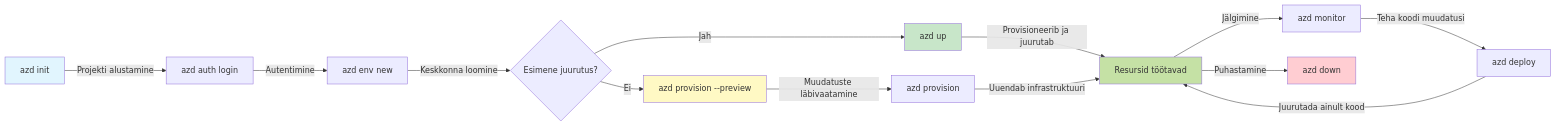
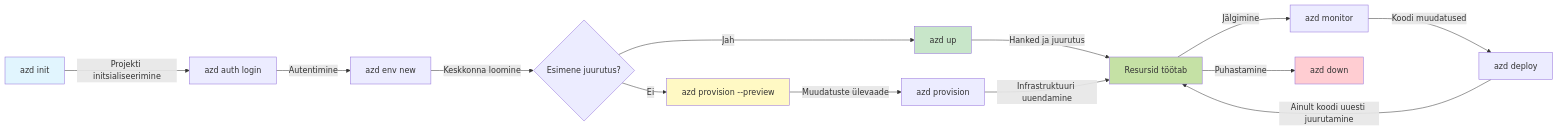
One commit to microsoft/AZD-for-beginners changed the first of 2 diagrams in translations/et/docs/chapter-01-foundation/azd-basics.md. Above: the diagram before and after it, drawn with Mermaid. The commit also changed other lines of this file and 104 other files, not shown here.

````diff
--- a/translations/et/docs/chapter-01-foundation/azd-basics.md
+++ b/translations/et/docs/chapter-01-foundation/azd-basics.md
@@ -269,21 +269,21 @@
 ```mermaid
 graph LR
-    A[azd init] -->|Projekti alustamine| B[azd auth login]
+    A[azd init] -->|Projekti initsialiseerimine| B[azd auth login]
     B -->|Autentimine| C[azd env new]
     C -->|Keskkonna loomine| D{Esimene juurutus?}
     D -->|Jah| E[azd up]
     D -->|Ei| F[azd provision --preview]
-    F -->|Muudatuste läbivaatamine| G[azd provision]
-    E -->|Provisioneerib ja juurutab| H[Resursid töötavad]
-    G -->|Uuendab infrastruktuuri| H
+    F -->|Muudatuste ülevaade| G[azd provision]
+    E -->|Hanked ja juurutus| H[Resursid töötab]
+    G -->|Infrastruktuuri uuendamine| H
     H -->|Jälgimine| I[azd monitor]
-    I -->|Teha koodi muudatusi| J[azd deploy]
-    J -->|Juurutada ainult kood| H
+    I -->|Koodi muudatused| J[azd deploy]
+    J -->|Ainult koodi uuesti juurutamine| H
     H -->|Puhastamine| K[azd down]
     
     style A fill:#e1f5fe
     style E fill:#c8e6c9
     style F fill:#fff9c4
     style H fill:#c5e1a5
     style K fill:#ffcdd2
 ```
````
